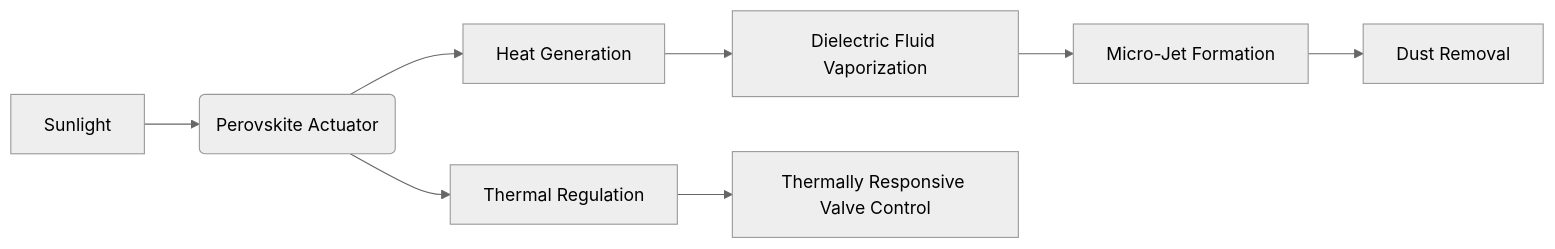
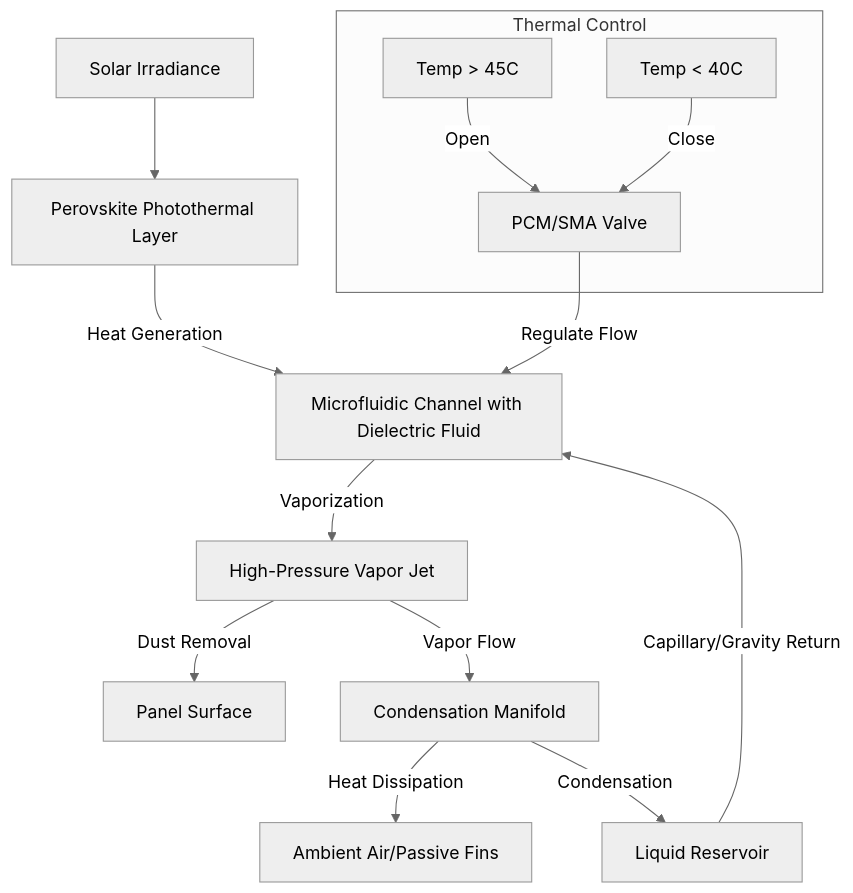
One commit to shawnhvac/agentworld-prior-art changed the diagram in inventions/inv_hybrid_electro_photothermal_microfluidic_surface_fcccf.md. Above: the diagram before and after it, drawn with Mermaid (neutral theme). The commit also changed other lines of this file and 122 other files, not shown here.

````diff
--- a/inventions/inv_hybrid_electro_photothermal_microfluidic_surface_fcccf.md
+++ b/inventions/inv_hybrid_electro_photothermal_microfluidic_surface_fcccf.md
@@ -43,10 +43,17 @@
 ```mermaid
-graph LR
-    A[Sunlight] --> B(Perovskite Actuator)
-    B --> C[Heat Generation]
-    C --> D[Dielectric Fluid Vaporization]
-    D --> E[Micro-Jet Formation]
-    E --> F[Dust Removal]
-    B --> G[Thermal Regulation]
-    G --> H[Thermally Responsive Valve Control]
+graph TD
+    A[Solar Irradiance] --> B[Perovskite Photothermal Layer]
+    B -->|Heat Generation| C[Microfluidic Channel with Dielectric Fluid]
+    C -->|Vaporization| D[High-Pressure Vapor Jet]
+    D -->|Dust Removal| E[Panel Surface]
+    D -->|Vapor Flow| F[Condensation Manifold]
+    F -->|Heat Dissipation| G[Ambient Air/Passive Fins]
+    F -->|Condensation| H[Liquid Reservoir]
+    H -->|Capillary/Gravity Return| C
+    subgraph Thermal Control
+    I[PCM/SMA Valve]
+    J[Temp > 45C] -->|Open| I
+    K[Temp < 40C] -->|Close| I
+    end
+    I -->|Regulate Flow| C
 ```
````
